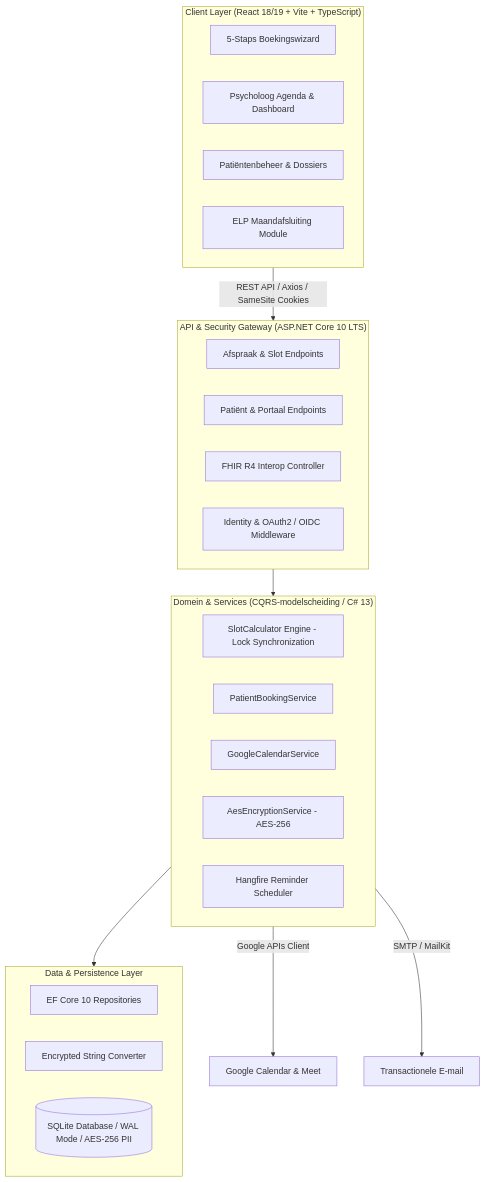
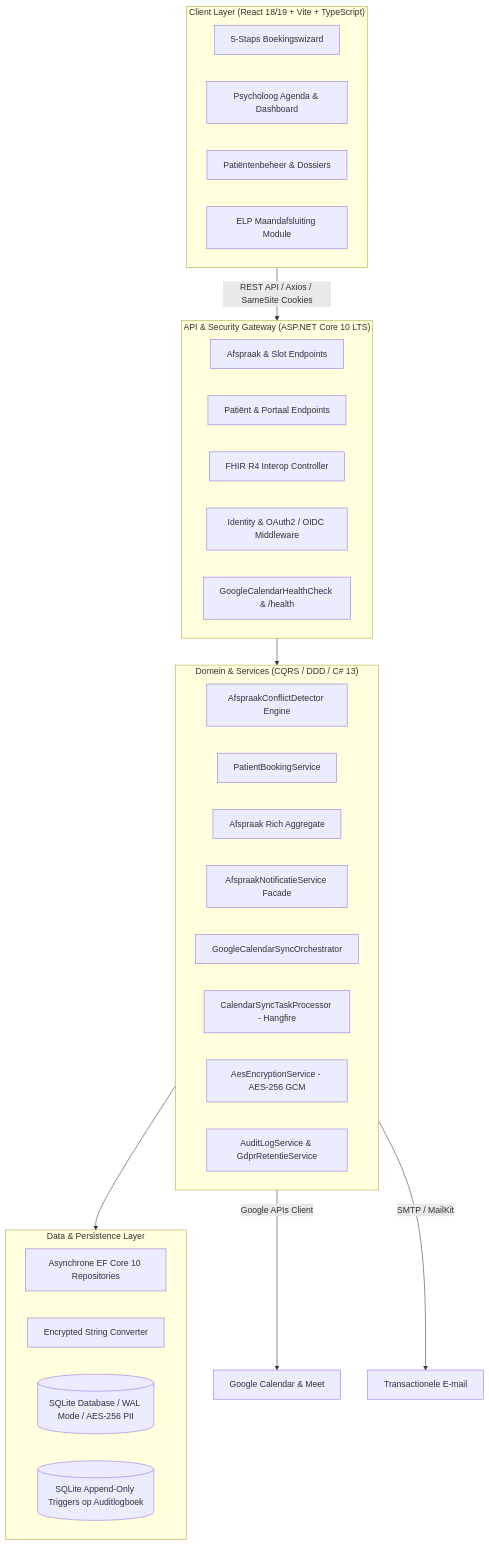
The diagram in PORTFOLIO_CASE_STUDY.md (GregoryButs/de-verstandhouding-showcase), drawn with Mermaid before and after one commit. The commit also changed other lines of this file and 3 other files, not shown here.

````diff
--- a/PORTFOLIO_CASE_STUDY.md
+++ b/PORTFOLIO_CASE_STUDY.md
@@ -31,36 +32,41 @@
 ```mermaid
 graph TD
     subgraph Frontend ["Client Layer (React 18/19 + Vite + TypeScript)"]
         A1[5-Staps Boekingswizard]
         A2[Psycholoog Agenda & Dashboard]
         A3[Patiëntenbeheer & Dossiers]
         A4[ELP Maandafsluiting Module]
     end
 
     subgraph API ["API & Security Gateway (ASP.NET Core 10 LTS)"]
         B1[Afspraak & Slot Endpoints]
         B2[Patiënt & Portaal Endpoints]
         B3[FHIR R4 Interop Controller]
         B4[Identity & OAuth2 / OIDC Middleware]
+        B5[GoogleCalendarHealthCheck & /health]
     end
 
-    subgraph Core ["Domein & Services (CQRS-modelscheiding / C# 13)"]
-        C1[SlotCalculator Engine - Lock Synchronization]
+    subgraph Core ["Domein & Services (CQRS / DDD / C# 13)"]
+        C1[AfspraakConflictDetector Engine]
         C2[PatientBookingService]
-        C3[GoogleCalendarService]
-        C4[AesEncryptionService - AES-256]
-        C5[Hangfire Reminder Scheduler]
+        C3[Afspraak Rich Aggregate]
+        C4[AfspraakNotificatieService Facade]
+        C5[GoogleCalendarSyncOrchestrator]
+        C6[CalendarSyncTaskProcessor - Hangfire]
+        C7[AesEncryptionService - AES-256 GCM]
+        C8[AuditLogService & GdprRetentieService]
     end
 
     subgraph Data ["Data & Persistence Layer"]
-        D1[EF Core 10 Repositories]
+        D1[Asynchrone EF Core 10 Repositories]
         D2[Encrypted String Converter]
         D3[(SQLite Database / WAL Mode / AES-256 PII)]
+        D4[(SQLite Append-Only Triggers op Auditlogboek)]
     end
 
     Frontend -->|REST API / Axios / SameSite Cookies| API
     API --> Core
     Core --> Data
     Core -->|Google APIs Client| Ext1[Google Calendar & Meet]
     Core -->|SMTP / MailKit| Ext2[Transactionele E-mail]
 ```
````
